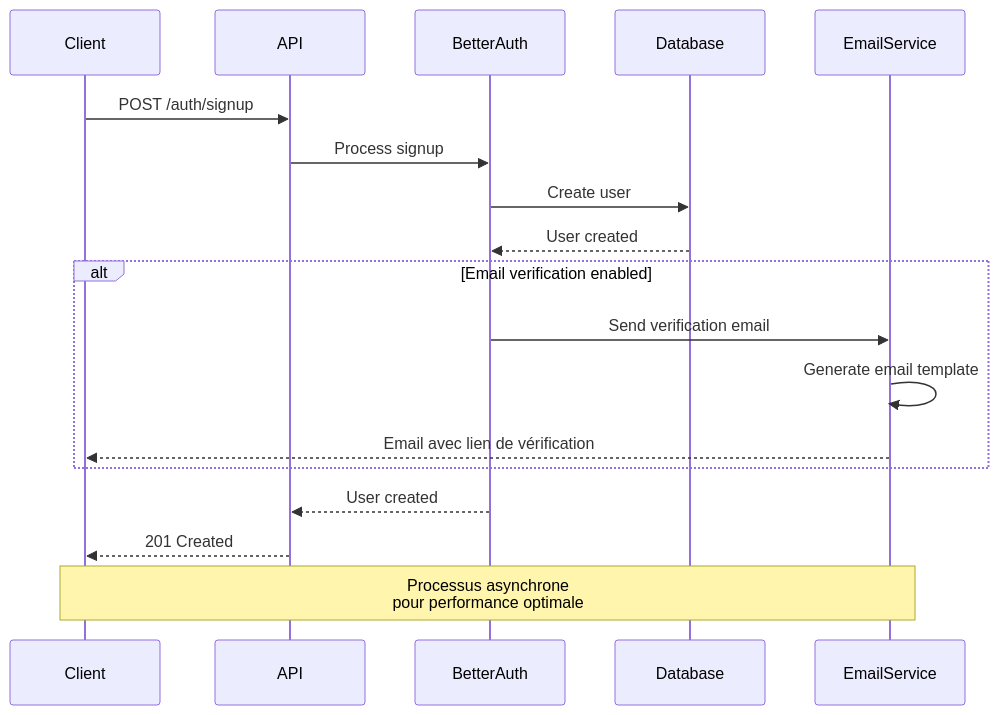
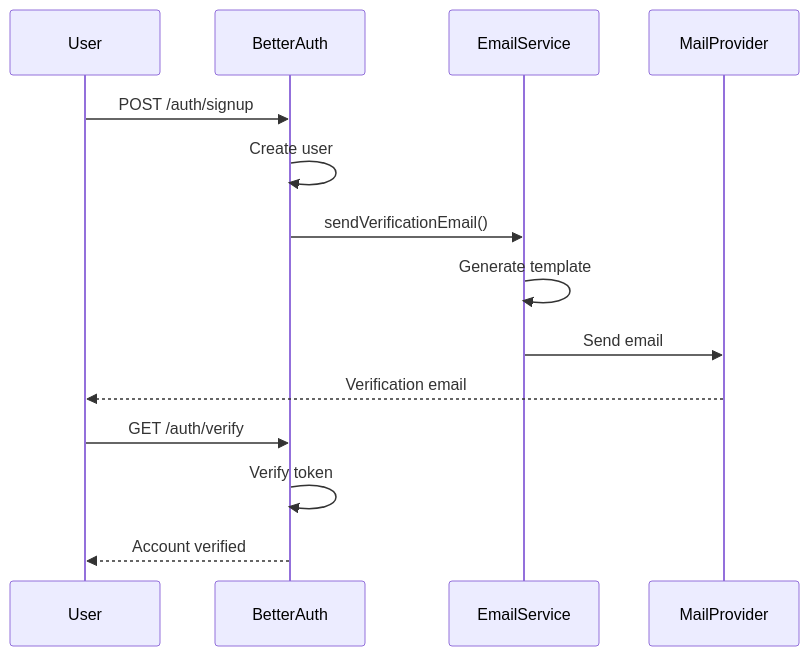
One commit to Netsbump/dropit-documentation changed the diagram in src/content/docs/annexes/authentifications.md. Above: the diagram before and after it, drawn with Mermaid. The commit also changed other lines of this file and 1 other file, not shown here.

````diff
--- a/src/content/docs/annexes/authentifications.md
+++ b/src/content/docs/annexes/authentifications.md
@@ -88,24 +191,18 @@
 ```mermaid
 sequenceDiagram
-    participant Client
-    participant API
+    participant User
     participant BetterAuth
-    participant Database
     participant EmailService
+    participant MailProvider
 
-    Client->>API: POST /auth/signup
-    API->>BetterAuth: Process signup
-    BetterAuth->>Database: Create user
-    Database-->>BetterAuth: User created
-    
-    alt Email verification enabled
-        BetterAuth->>EmailService: Send verification email
-        EmailService->>EmailService: Generate email template
-        EmailService-->>Client: Email avec lien de vérification
-    end
-    
-    BetterAuth-->>API: User created
-    API-->>Client: 201 Created
-    
-    Note over Client,EmailService: Processus asynchrone<br/>pour performance optimale
+    User->>BetterAuth: POST /auth/signup
+    BetterAuth->>BetterAuth: Create user
+    BetterAuth->>EmailService: sendVerificationEmail()
+    EmailService->>EmailService: Generate template
+    EmailService->>MailProvider: Send email
+    MailProvider-->>User: Verification email
+
+    User->>BetterAuth: GET /auth/verify
+    BetterAuth->>BetterAuth: Verify token
+    BetterAuth-->>User: Account verified
 ```
````
